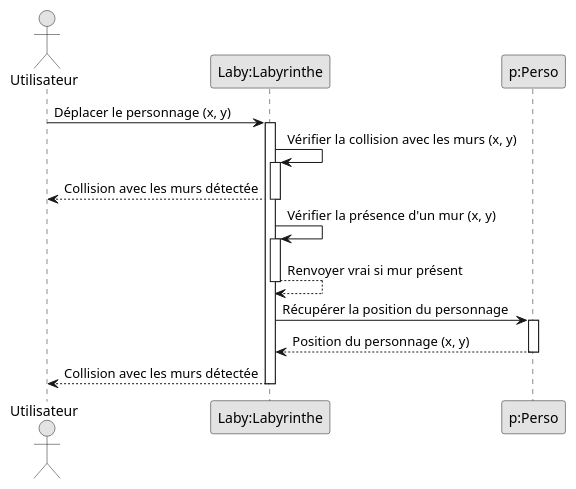
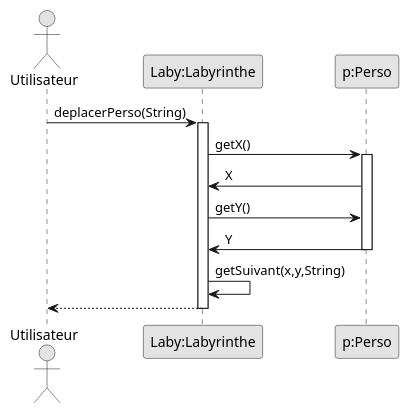
The diagram in documents/version_1/CollisionAvecMurs.puml (Dracosxs/2022_Zeldiablo_MOUGIN_DEFOLIE_KETZINGER_KOLER), drawn with PlantUML before and after one commit. The commit also changed 3 other files, not shown here.

Commit message:
Modification et Ajout de diagrammes de sequence

```diff
--- a/documents/version_1/CollisionAvecMurs.puml
+++ b/documents/version_1/CollisionAvecMurs.puml
@@ -1,30 +1,21 @@
 @startuml
 skinparam monochrome true
 
 actor Utilisateur
 
 participant "Laby:Labyrinthe" as Laby
 participant "p:Perso" as P
 
-Utilisateur -> Laby: Déplacer le personnage (x, y)
+Utilisateur -> Laby: deplacerPerso(String)
 activate Laby
-
-Laby -> Laby: Vérifier la collision avec les murs (x, y)
-activate Laby
-Laby --> Utilisateur: Collision avec les murs détectée
-deactivate Laby
-
-Laby -> Laby: Vérifier la présence d'un mur (x, y)
-activate Laby
-Laby --> Laby: Renvoyer vrai si mur présent
-deactivate Laby
-
-Laby -> P: Récupérer la position du personnage
+Laby -> P: getX()
 activate P
-P --> Laby: Position du personnage (x, y)
+Laby <- P: X
+Laby -> P: getY()
+Laby <- P: Y
 deactivate P
-
-Laby --> Utilisateur: Collision avec les murs détectée
+Laby -> Laby: getSuivant(x,y,String)
+Laby --> Utilisateur
 deactivate Laby
 
 @enduml
```
